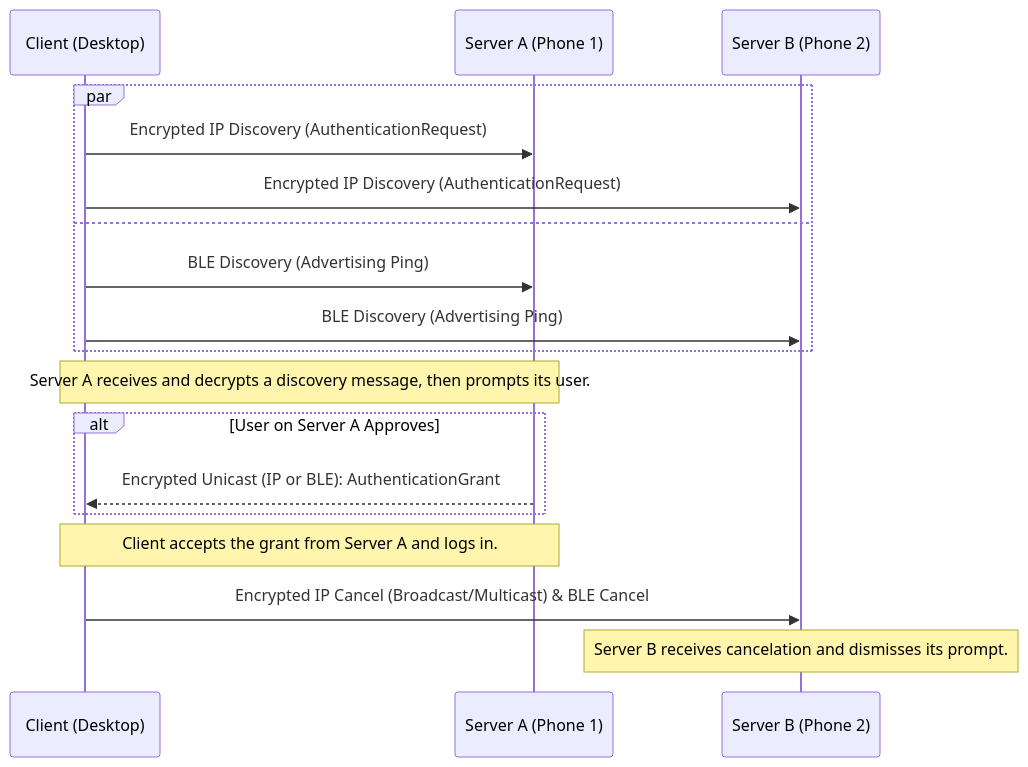
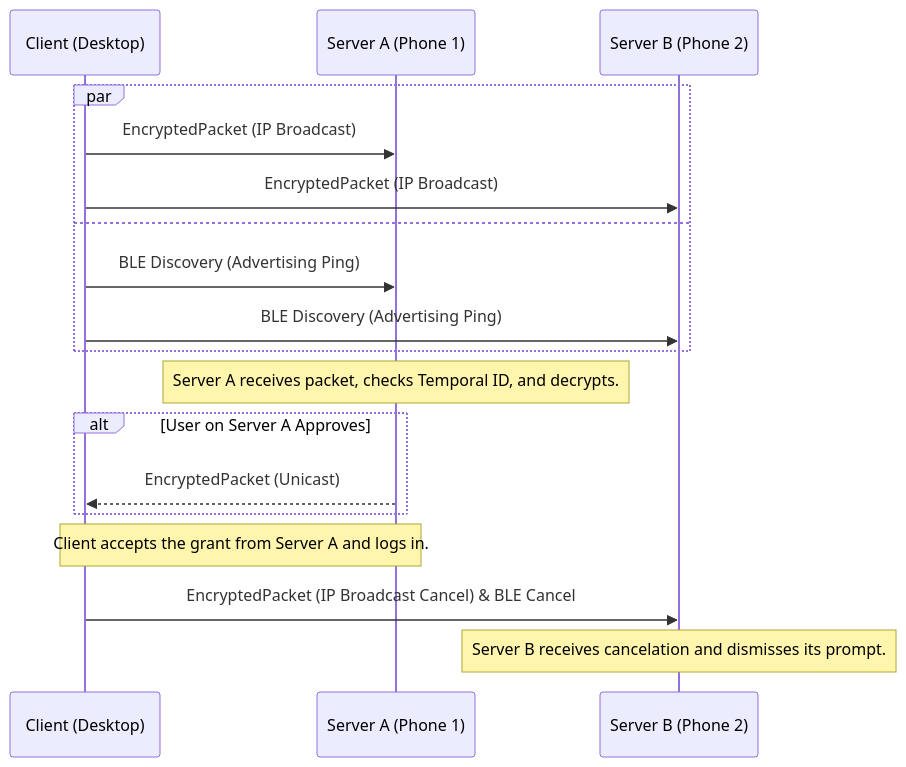
One commit to Lolle2000la/tapauth changed the diagram in docs/design-documents/protocol/authentication-flow.md. Above: the diagram before and after it, drawn with Mermaid. The commit also changed other lines of this file and 1 other file, not shown here.

Commit message:
Make the protocol scalable while preserving privacy by making client-server-pairs discoverable without attempting full decryption

````diff
--- a/docs/design-documents/protocol/authentication-flow.md
+++ b/docs/design-documents/protocol/authentication-flow.md
@@ -12,24 +12,24 @@
 ```mermaid
 sequenceDiagram
     participant Client (Desktop)
     participant Server A (Phone 1)
     participant Server B (Phone 2)
 
     par
-        Client (Desktop)->>Server A (Phone 1): Encrypted IP Discovery (AuthenticationRequest)
-        Client (Desktop)->>Server B (Phone 2): Encrypted IP Discovery (AuthenticationRequest)
+        Client (Desktop)->>Server A (Phone 1): EncryptedPacket (IP Broadcast)
+        Client (Desktop)->>Server B (Phone 2): EncryptedPacket (IP Broadcast)
     and
         Client (Desktop)->>Server A (Phone 1): BLE Discovery (Advertising Ping)
         Client (Desktop)->>Server B (Phone 2): BLE Discovery (Advertising Ping)
     end
 
-    Note over Client (Desktop), Server A (Phone 1): Server A receives and decrypts a discovery message, then prompts its user.
+    Note over Server A (Phone 1): Server A receives packet, checks Temporal ID, and decrypts.
     
     alt User on Server A Approves
-        Server A (Phone 1)-->>Client (Desktop): Encrypted Unicast (IP or BLE): AuthenticationGrant
+        Server A (Phone 1)-->>Client (Desktop): EncryptedPacket (Unicast)
     end
     
     Note over Client (Desktop), Server A (Phone 1): Client accepts the grant from Server A and logs in.
-    Client (Desktop)->>Server B (Phone 2): Encrypted IP Cancel (Broadcast/Multicast) & BLE Cancel
+    Client (Desktop)->>Server B (Phone 2): EncryptedPacket (IP Broadcast Cancel) & BLE Cancel
     Note over Server B (Phone 2): Server B receives cancelation and dismisses its prompt.
 ```
````
